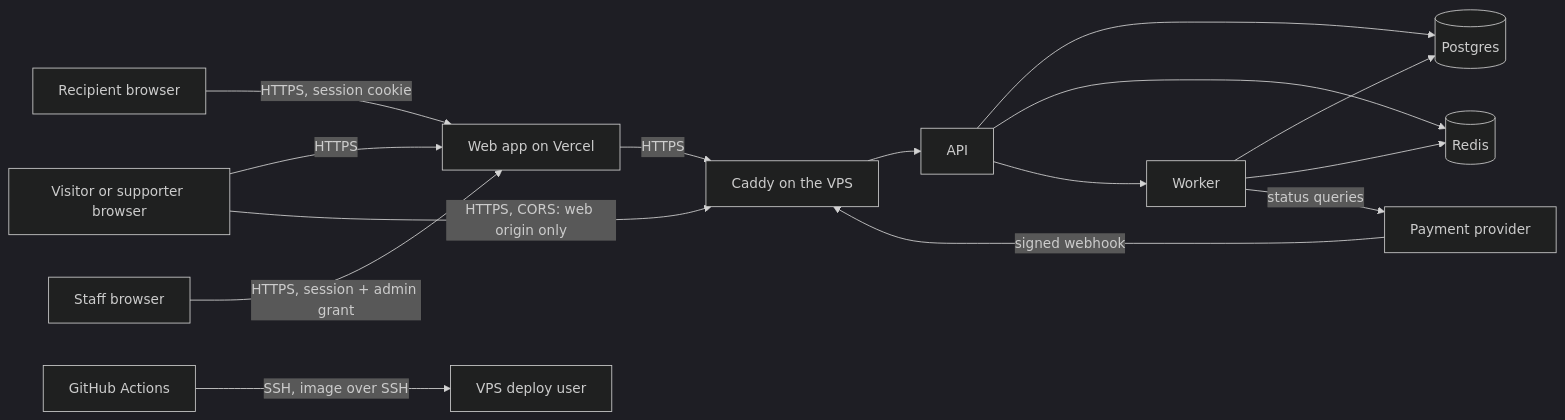
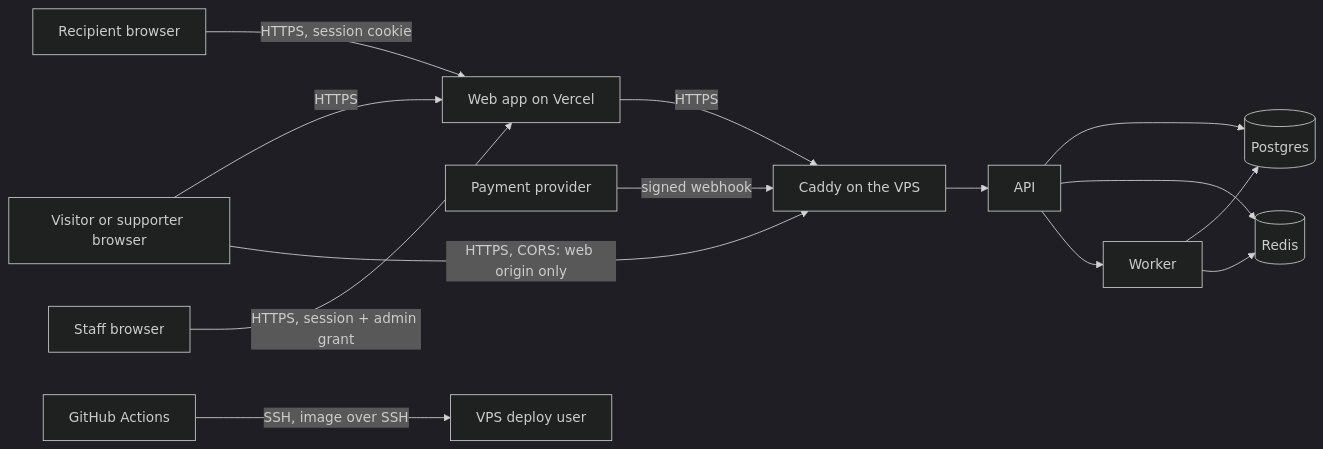
One commit to TheSaviourEking/Tipme changed the diagram in docs/security/threat-model.md. Above: the diagram before and after it, drawn with Mermaid (dark theme). The commit also changed other lines of this file and 4 other files, not shown here.

````diff
--- a/docs/security/threat-model.md
+++ b/docs/security/threat-model.md
@@ -21,17 +21,16 @@
 ```mermaid
 flowchart LR
   V[Visitor or supporter browser] -->|HTTPS| W[Web app on Vercel]
   R[Recipient browser] -->|HTTPS, session cookie| W
   S[Staff browser] -->|HTTPS, session + admin grant| W
   W -->|HTTPS| C[Caddy on the VPS]
   V -->|HTTPS, CORS: web origin only| C
   P[Payment provider] -->|signed webhook| C
   C --> A[API]
   A --> D[(Postgres)]
   A --> Q[(Redis)]
   A --> K[Worker]
   K --> D
   K --> Q
-  K -->|status queries| P
   G[GitHub Actions] -->|SSH, image over SSH| H[VPS deploy user]
 ```
````
